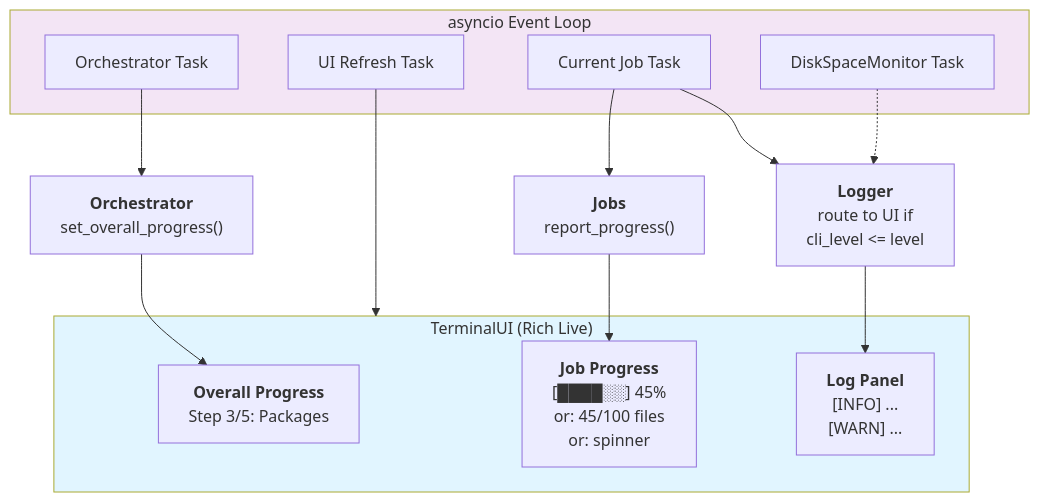
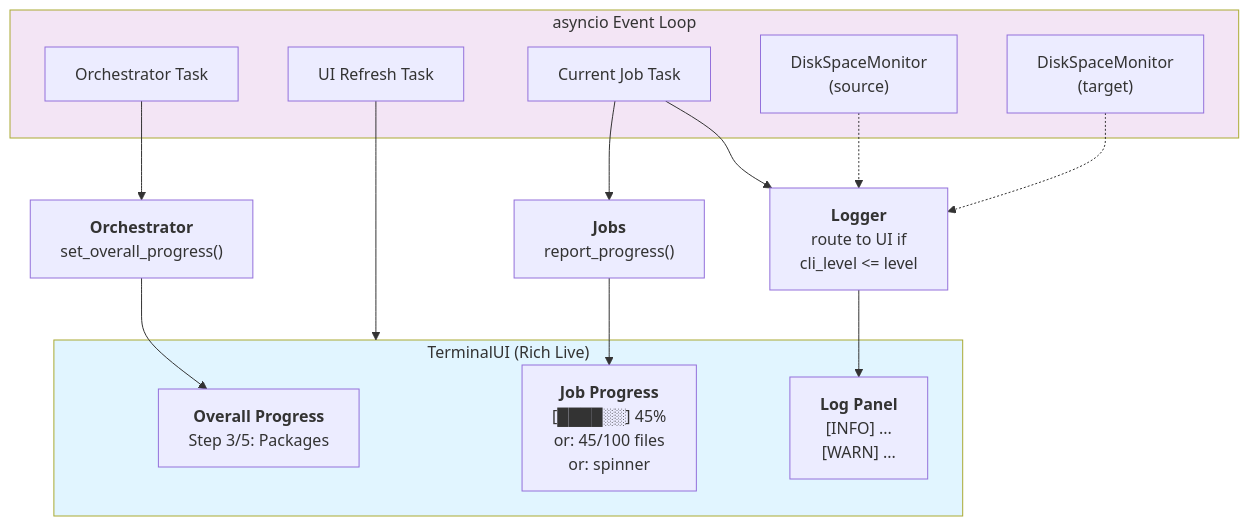
Diagram 11 of 12 in specs/001-foundation/architecture-claude.md (flaksit/pc-switcher), drawn with Mermaid before and after one commit. The commit also changed other lines of this file, not shown here.

````diff
--- a/specs/001-foundation/architecture-claude.md
+++ b/specs/001-foundation/architecture-claude.md
@@ -567,32 +586,34 @@
 ```mermaid
 graph TD
     subgraph TerminalUI ["TerminalUI (Rich Live)"]
         OverallProgress["<b>Overall Progress</b><br/>Step 3/5: Packages"]
         JobProgress["<b>Job Progress</b><br/>[████░░] 45%<br/>or: 45/100 files<br/>or: spinner"]
         LogPanel["<b>Log Panel</b><br/>[INFO] ...<br/>[WARN] ..."]
     end
 
     subgraph EventLoop ["asyncio Event Loop"]
         OrchestratorTask["Orchestrator Task"]
         JobTask["Current Job Task"]
-        DiskMonTask["DiskSpaceMonitor Task"]
+        DiskMonSourceTask["DiskSpaceMonitor<br/>(source)"]
+        DiskMonTargetTask["DiskSpaceMonitor<br/>(target)"]
         UIRefreshTask["UI Refresh Task"]
     end
 
     Orchestrator["<b>Orchestrator</b><br/>set_overall_progress()"]
     Jobs["<b>Jobs</b><br/>report_progress()"]
     Logger["<b>Logger</b><br/>route to UI if<br/>cli_level <= level"]
 
     Orchestrator --> OverallProgress
     Jobs --> JobProgress
     Logger --> LogPanel
 
     OrchestratorTask --> Orchestrator
     JobTask --> Jobs
     JobTask --> Logger
-    DiskMonTask -.-> Logger
+    DiskMonSourceTask -.-> Logger
+    DiskMonTargetTask -.-> Logger
     UIRefreshTask --> TerminalUI
 
     style TerminalUI fill:#e1f5ff
     style EventLoop fill:#f3e5f5
 ```
````
